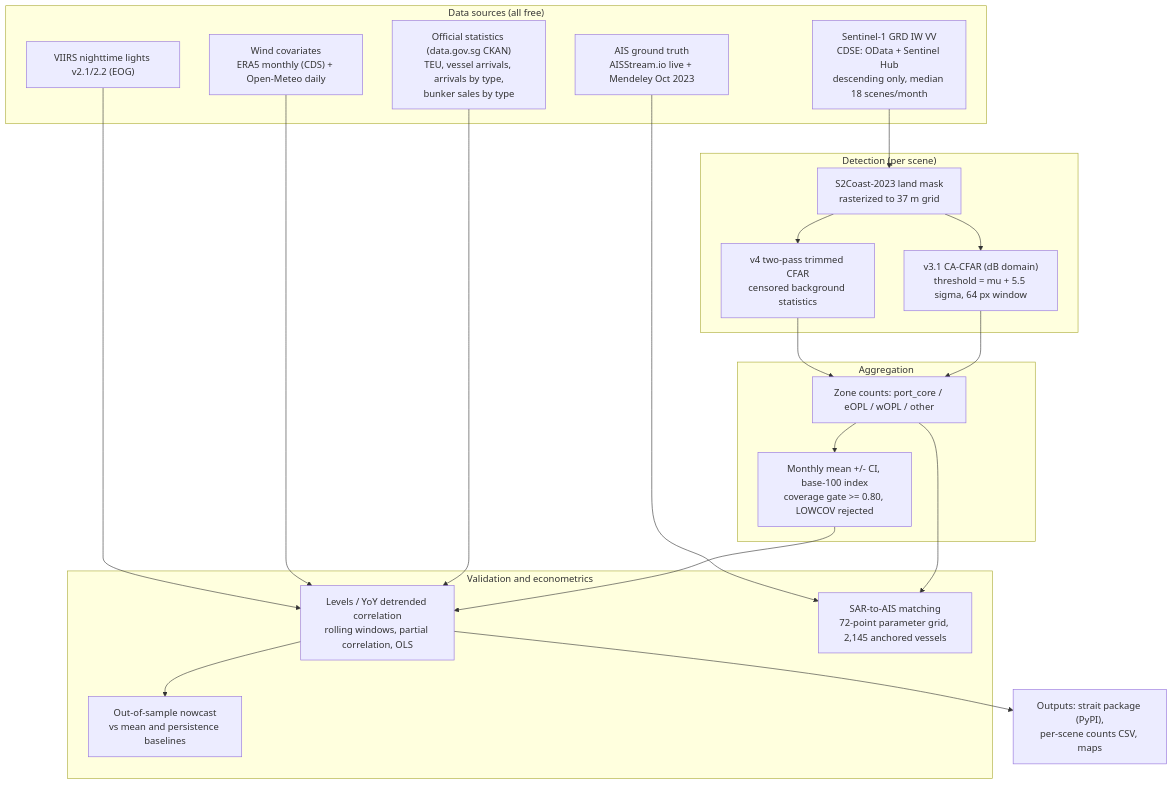
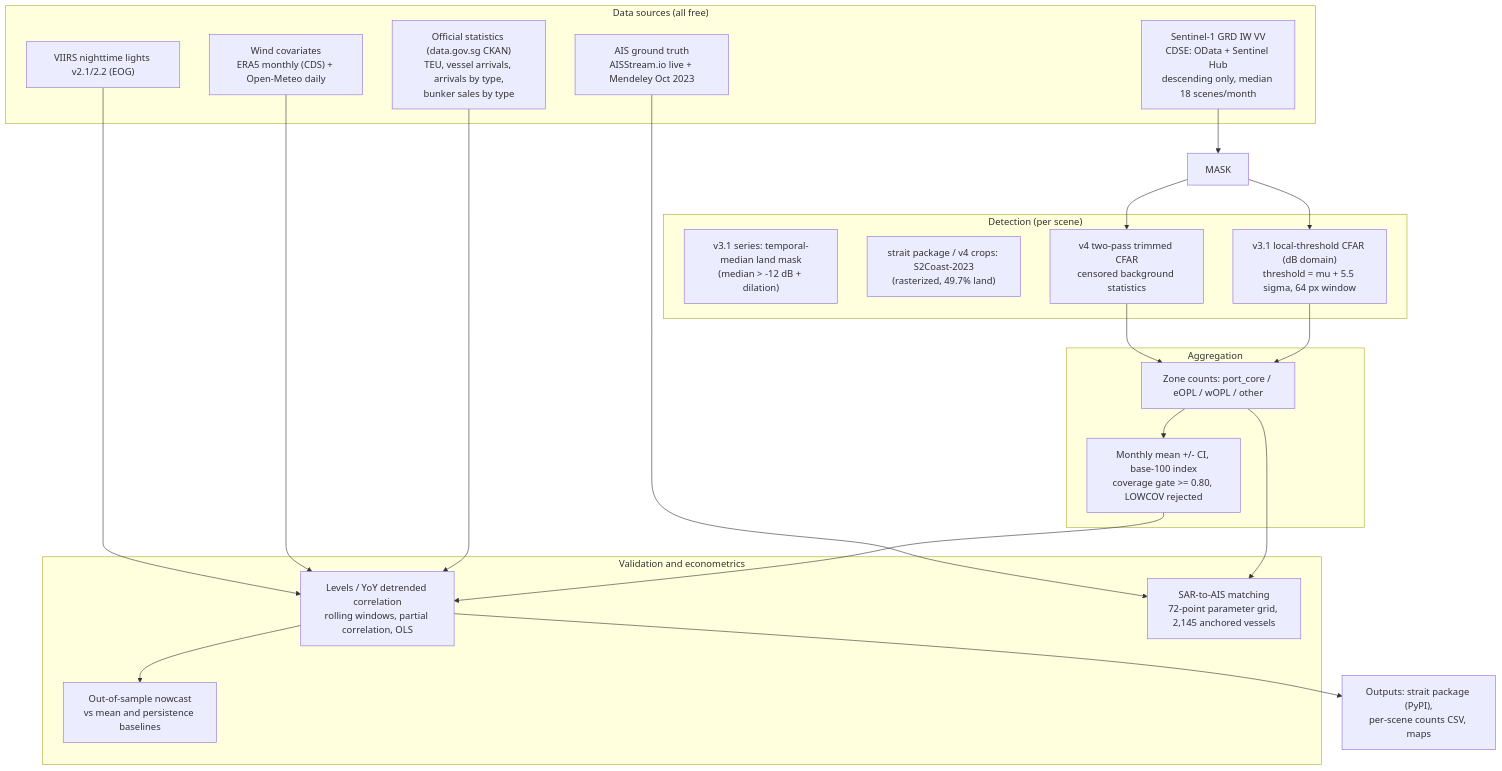
Before and after one commit to siva-sub/sg-strait-observatory: the diagram in papers/singapore-strait-observatory.md, drawn with Mermaid. The commit also changed other lines of this file and 22 other files, not shown here.

````diff
--- a/papers/singapore-strait-observatory.md
+++ b/papers/singapore-strait-observatory.md
@@ -45,39 +45,40 @@
 ```mermaid
 flowchart TB
   subgraph SRC["Data sources (all free)"]
     S1["Sentinel-1 GRD IW VV<br/>CDSE: OData + Sentinel Hub<br/>descending only, median 18 scenes/month"]
     OFF["Official statistics (data.gov.sg CKAN)<br/>TEU, vessel arrivals, arrivals by type,<br/>bunker sales by type"]
     WIND["Wind covariates<br/>ERA5 monthly (CDS) + Open-Meteo daily"]
     VNL["VIIRS nighttime lights v2.1/2.2 (EOG)"]
     AIS["AIS ground truth<br/>AISStream.io live + Mendeley Oct 2023"]
   end
 
   subgraph DET["Detection (per scene)"]
-    MASK["S2Coast-2023 land mask<br/>rasterized to 37 m grid"]
-    V31["v3.1 CA-CFAR (dB domain)<br/>threshold = mu + 5.5 sigma, 64 px window"]
+    MASK1["v3.1 series: temporal-median land mask<br/>(median > -12 dB + dilation)"]
+    MASK2["strait package / v4 crops: S2Coast-2023<br/>(rasterized, 49.7% land)"]
+    V31["v3.1 local-threshold CFAR (dB domain)<br/>threshold = mu + 5.5 sigma, 64 px window"]
     V4["v4 two-pass trimmed CFAR<br/>censored background statistics"]
   end
 
   subgraph AGG["Aggregation"]
     ZONES["Zone counts: port_core / eOPL / wOPL / other"]
     IDX["Monthly mean +/- CI, base-100 index<br/>coverage gate >= 0.80, LOWCOV rejected"]
   end
 
   subgraph VAL["Validation and econometrics"]
     ECON["Levels / YoY detrended correlation<br/>rolling windows, partial correlation, OLS"]
     NOW["Out-of-sample nowcast<br/>vs mean and persistence baselines"]
     AISM["SAR-to-AIS matching<br/>72-point parameter grid, 2,145 anchored vessels"]
   end
 
   OUT["Outputs: strait package (PyPI),<br/>per-scene counts CSV, maps"]
 
   S1 --> MASK --> V31 --> ZONES
   MASK --> V4 --> ZONES
   ZONES --> IDX --> ECON --> NOW
   OFF --> ECON
   WIND --> ECON
   VNL --> ECON
   ZONES --> AISM
   AIS --> AISM
   ECON --> OUT
 ```
````
